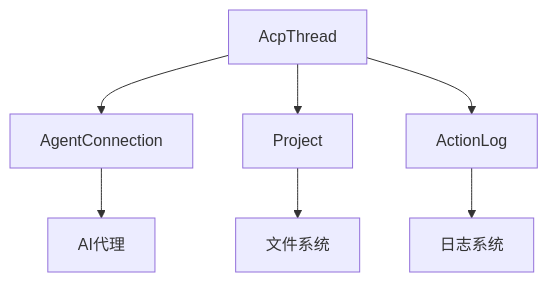
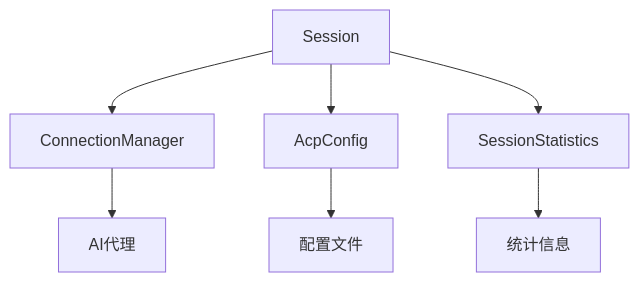
The fifth of 5 diagrams in .qoder/repowiki/zh/content/ACP协议实现/会话管理.md (nuwax-ai/rcoder), drawn with Mermaid before and after one commit. The commit also changed other lines of this file and 85 other files, not shown here.

````diff
--- a/.qoder/repowiki/zh/content/ACP协议实现/会话管理.md
+++ b/.qoder/repowiki/zh/content/ACP协议实现/会话管理.md
@@ -172,9 +229,9 @@
 ```mermaid
 graph TD
-A[AcpThread] --> B[AgentConnection]
-A --> C[Project]
-A --> D[ActionLog]
+A[Session] --> B[ConnectionManager]
+A --> C[AcpConfig]
+A --> D[SessionStatistics]
 B --> E[AI代理]
-C --> F[文件系统]
-D --> G[日志系统]
+C --> F[配置文件]
+D --> G[统计信息]
 ```
````
